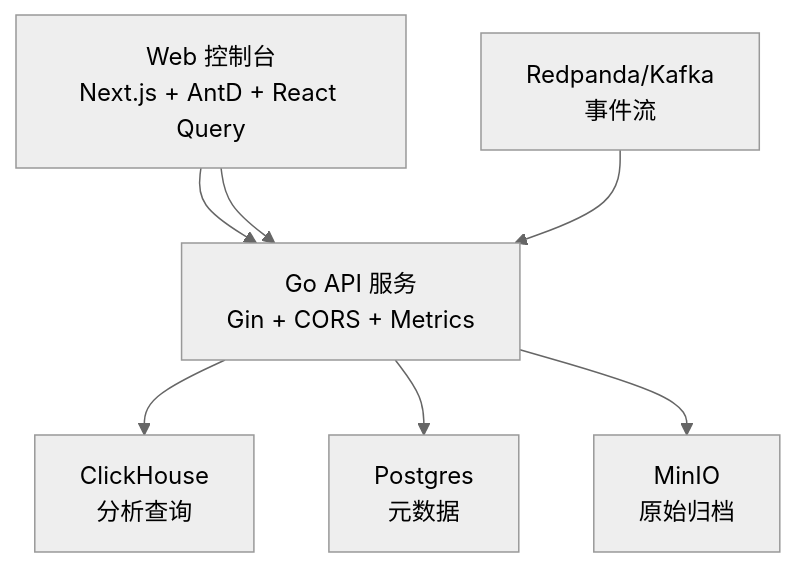
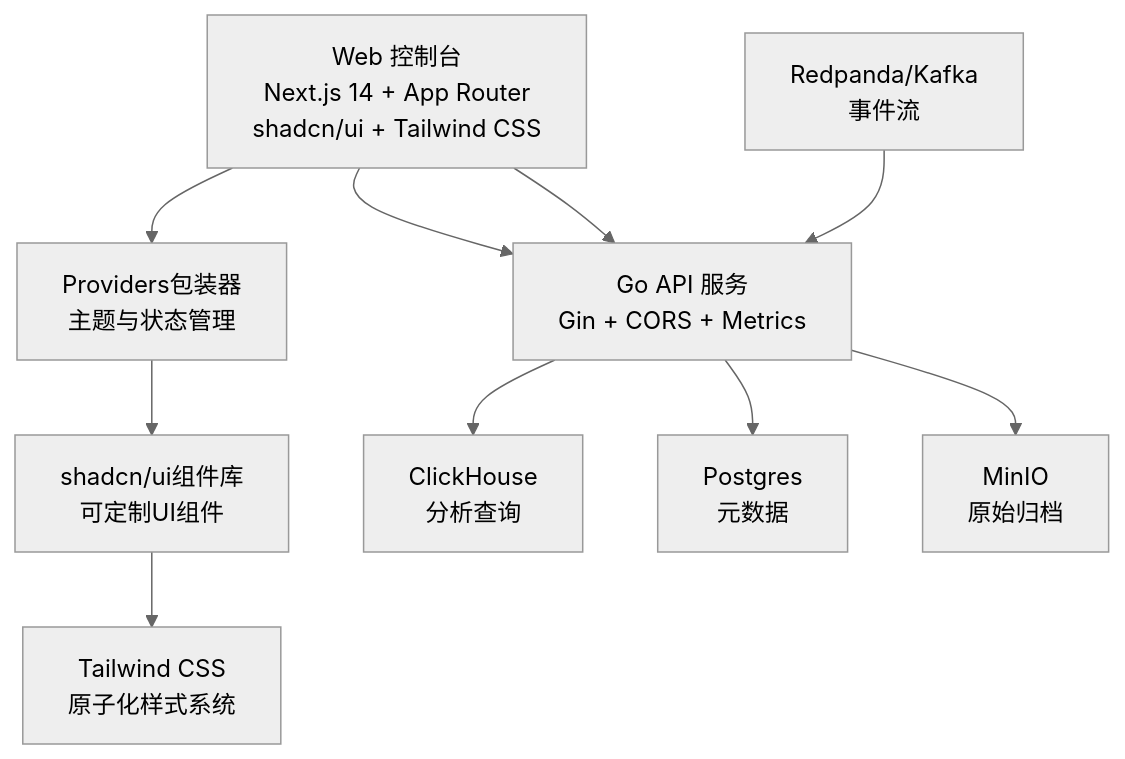
The second of 9 diagrams in .qoder/repowiki/zh/content/Web控制台/Web控制台.md (zhen-zhong/AeroLog), drawn with Mermaid (neutral theme) before and after one commit. The commit also changed other lines of this file and 105 other files, not shown here.

````diff
--- a/.qoder/repowiki/zh/content/Web控制台/Web控制台.md
+++ b/.qoder/repowiki/zh/content/Web控制台/Web控制台.md
@@ -144,15 +165,21 @@
 ```mermaid
 graph TB
-FE["Web 控制台<br/>Next.js + AntD + React Query"]
+FE["Web 控制台<br/>Next.js 14 + App Router<br/>shadcn/ui + Tailwind CSS"]
+PROV["Providers包装器<br/>主题与状态管理"]
+UI["shadcn/ui组件库<br/>可定制UI组件"]
+STYLE["Tailwind CSS<br/>原子化样式系统"]
 API["Go API 服务<br/>Gin + CORS + Metrics"]
 CH["ClickHouse<br/>分析查询"]
 PG["Postgres<br/>元数据"]
 MQ["Redpanda/Kafka<br/>事件流"]
 MINIO["MinIO<br/>原始归档"]
+FE --> PROV
+PROV --> UI
+UI --> STYLE
 FE --> API
 API --> CH
 API --> PG
 FE --> API
 MQ --> API
 API --> MINIO
 ```
````
